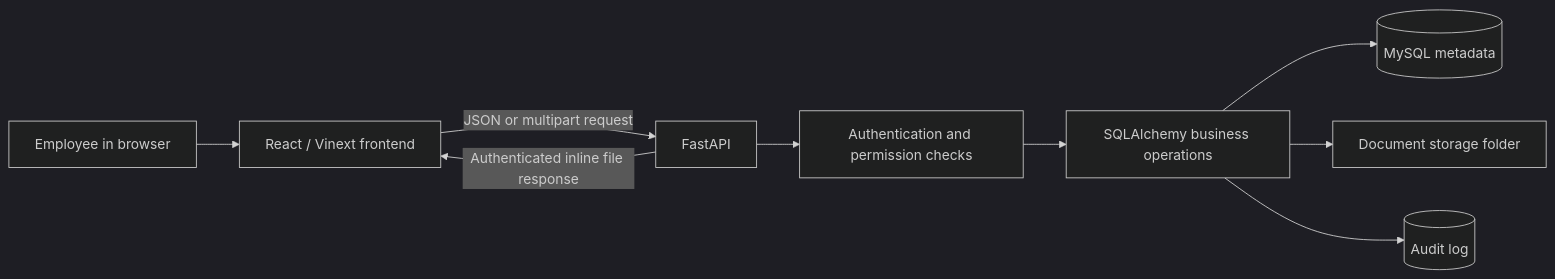
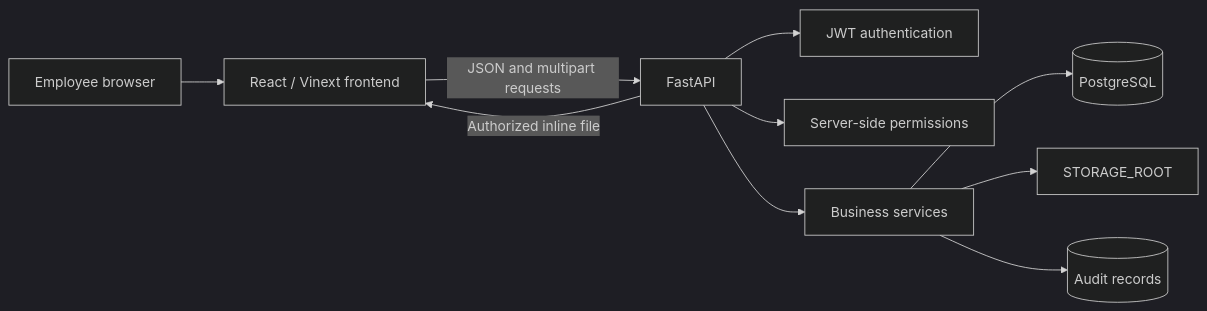
Before and after one commit to zerolight59/verdant-document-hub: the first of 3 diagrams in docs/CODEBASE_GUIDE.md, drawn with Mermaid (dark theme). The commit also changed other lines of this file and 157 other files, not shown here.

Commit message:
Build maintainable PostgreSQL product architecture

````diff
--- a/docs/CODEBASE_GUIDE.md
+++ b/docs/CODEBASE_GUIDE.md
@@ -18,11 +22,12 @@
 ```mermaid
 flowchart LR
-    U[Employee in browser] --> R[React / Vinext frontend]
-    R -->|JSON or multipart request| F[FastAPI]
-    F --> A[Authentication and permission checks]
-    A --> S[SQLAlchemy business operations]
-    S --> M[(MySQL metadata)]
-    S --> D[Document storage folder]
-    S --> L[(Audit log)]
-    F -->|Authenticated inline file response| R
+    Browser[Employee browser] --> Frontend[React / Vinext frontend]
+    Frontend -->|JSON and multipart requests| API[FastAPI]
+    API --> Auth[JWT authentication]
+    API --> Permissions[Server-side permissions]
+    API --> Services[Business services]
+    Services --> PostgreSQL[(PostgreSQL)]
+    Services --> Storage[STORAGE_ROOT]
+    Services --> Audit[(Audit records)]
+    API -->|Authorized inline file| Frontend
 ```
````
